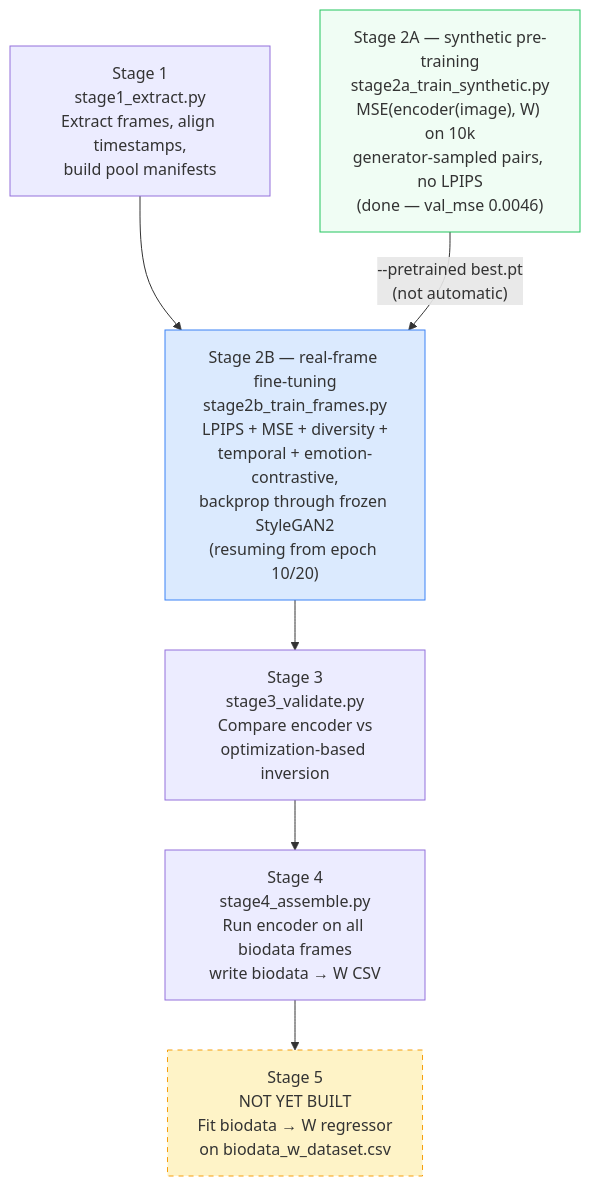
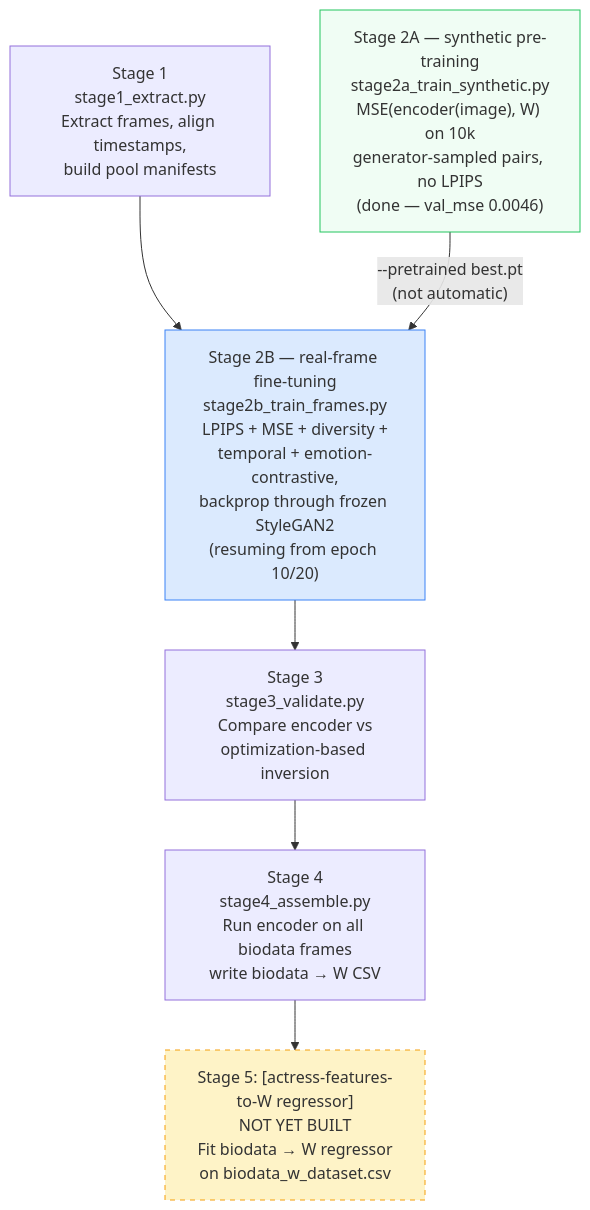
One commit to mXlab/crocodile changed the third of 3 diagrams in pipeline_diagram.md. Above: the diagram before and after it, drawn with Mermaid. The commit also changed other lines of this file and 3 other files, not shown here.

````diff
--- a/pipeline_diagram.md
+++ b/pipeline_diagram.md
@@ -162,17 +165,17 @@
 ```mermaid
 flowchart TD
     S1["Stage 1\nstage1_extract.py\nExtract frames, align timestamps,\nbuild pool manifests"]
     S2A["Stage 2A — synthetic pre-training\nstage2a_train_synthetic.py\nMSE(encoder(image), W) on 10k\ngenerator-sampled pairs, no LPIPS\n(done — val_mse 0.0046)"]
     S2B["Stage 2B — real-frame fine-tuning\nstage2b_train_frames.py\nLPIPS + MSE + diversity +\ntemporal + emotion-contrastive,\nbackprop through frozen StyleGAN2\n(resuming from epoch 10/20)"]
     S3["Stage 3\nstage3_validate.py\nCompare encoder vs\noptimization-based inversion"]
     S4["Stage 4\nstage4_assemble.py\nRun encoder on all biodata frames\nwrite biodata → W CSV"]
-    S5["Stage 5\nNOT YET BUILT\nFit biodata → W regressor\non biodata_w_dataset.csv"]
+    S5["Stage 5: [actress-features-to-W regressor]\nNOT YET BUILT\nFit biodata → W regressor\non biodata_w_dataset.csv"]
 
     S1 --> S2B
     S2A -->|"--pretrained best.pt\n(not automatic)"| S2B
     S2B --> S3 --> S4 --> S5
 
     style S2A fill:#f0fdf4,stroke:#22c55e
     style S2B fill:#dbeafe,stroke:#3b82f6
     style S5 fill:#fef3c7,stroke:#f59e0b,stroke-dasharray: 5 5
 ```
````
